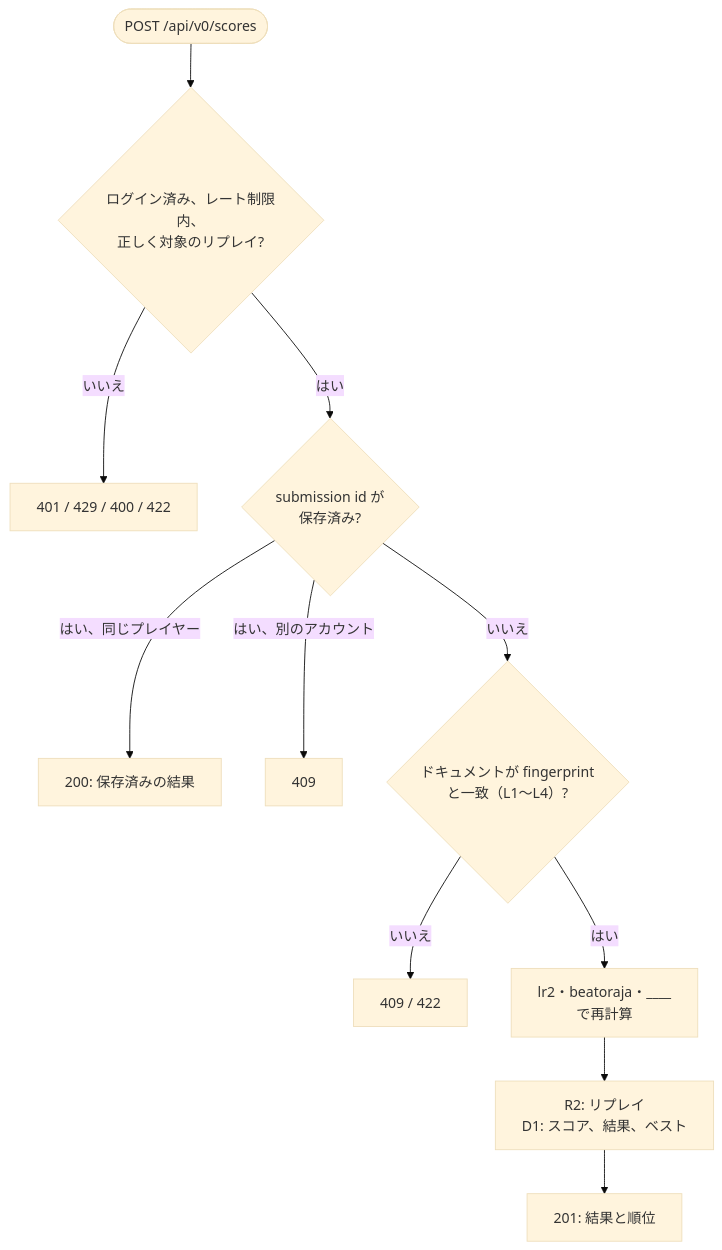
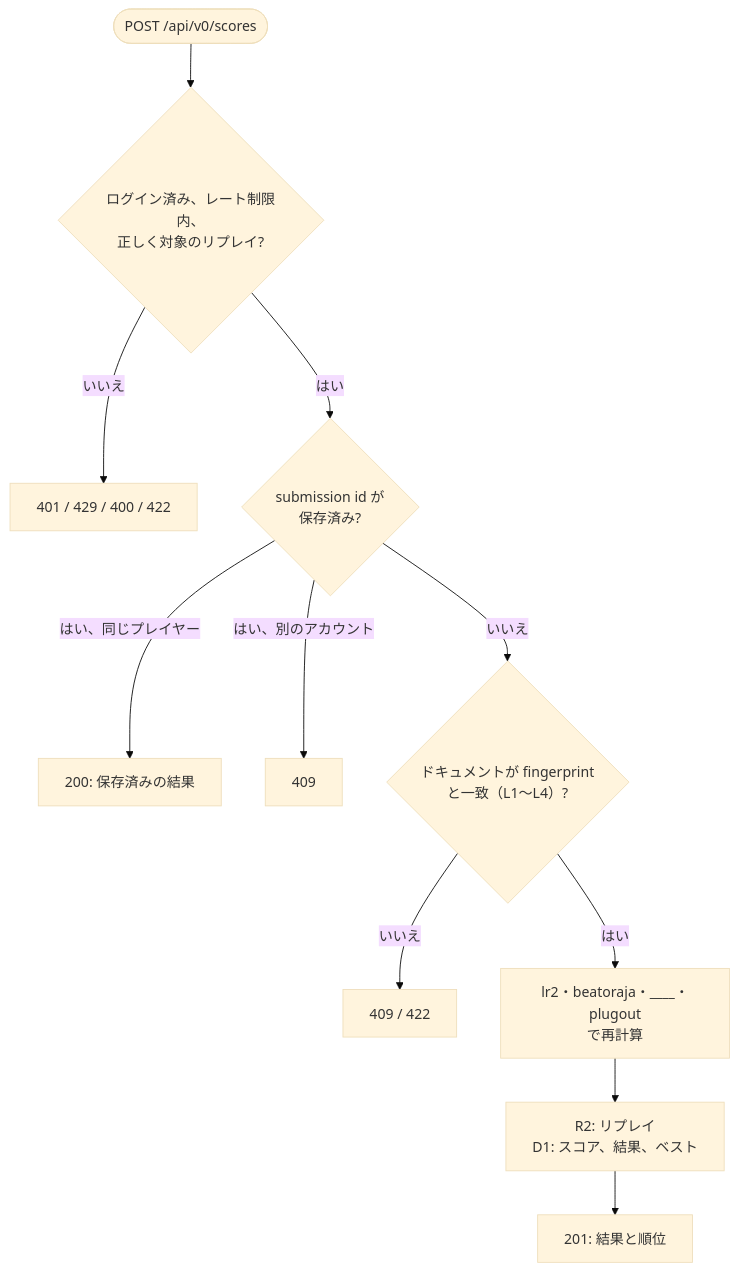
The first of 2 diagrams in packages/app-leaderboard/README.ja.md (nulltask/be-music), drawn with Mermaid (base theme) before and after one commit. The commit also changed other lines of this file and 19 other files, not shown here.

````diff
--- a/packages/app-leaderboard/README.ja.md
+++ b/packages/app-leaderboard/README.ja.md
@@ -29,13 +29,13 @@
 ```mermaid
 flowchart TD
   post(["POST /api/v0/scores"]) --> gate{"ログイン済み、レート制限内、<br/>正しく対象のリプレイ?"}
   gate -->|いいえ| e4xx["401 / 429 / 400 / 422"]
   gate -->|はい| dup{"submission id が<br/>保存済み?"}
   dup -->|"はい、同じプレイヤー"| r200["200: 保存済みの結果"]
   dup -->|"はい、別のアカウント"| e409["409"]
   dup -->|いいえ| docs{"ドキュメントが fingerprint<br/>と一致（L1〜L4）?"}
   docs -->|いいえ| reject["409 / 422"]
-  docs -->|はい| sim["lr2・beatoraja・____<br/>で再計算"]
+  docs -->|はい| sim["lr2・beatoraja・____・plugout<br/>で再計算"]
   sim --> store["R2: リプレイ<br/>D1: スコア、結果、ベスト"]
   store --> r201["201: 結果と順位"]
 ```
````
